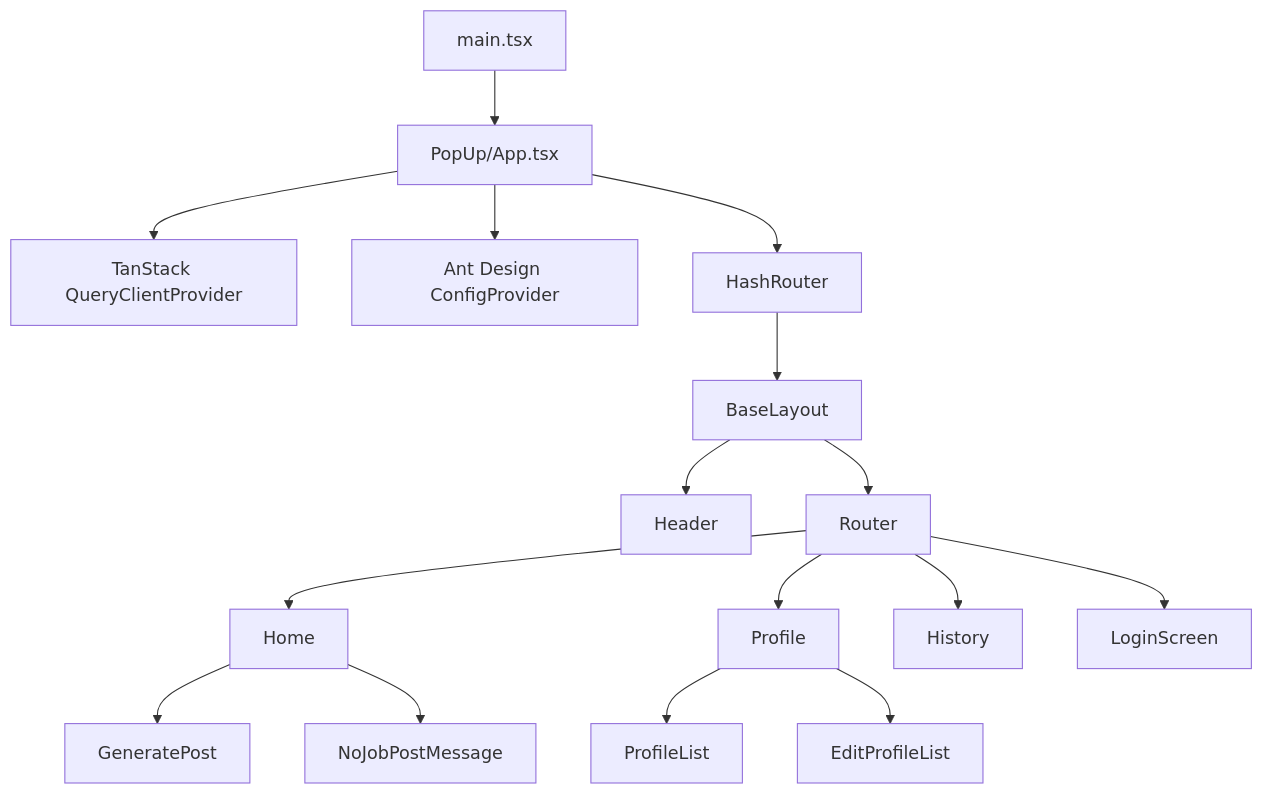
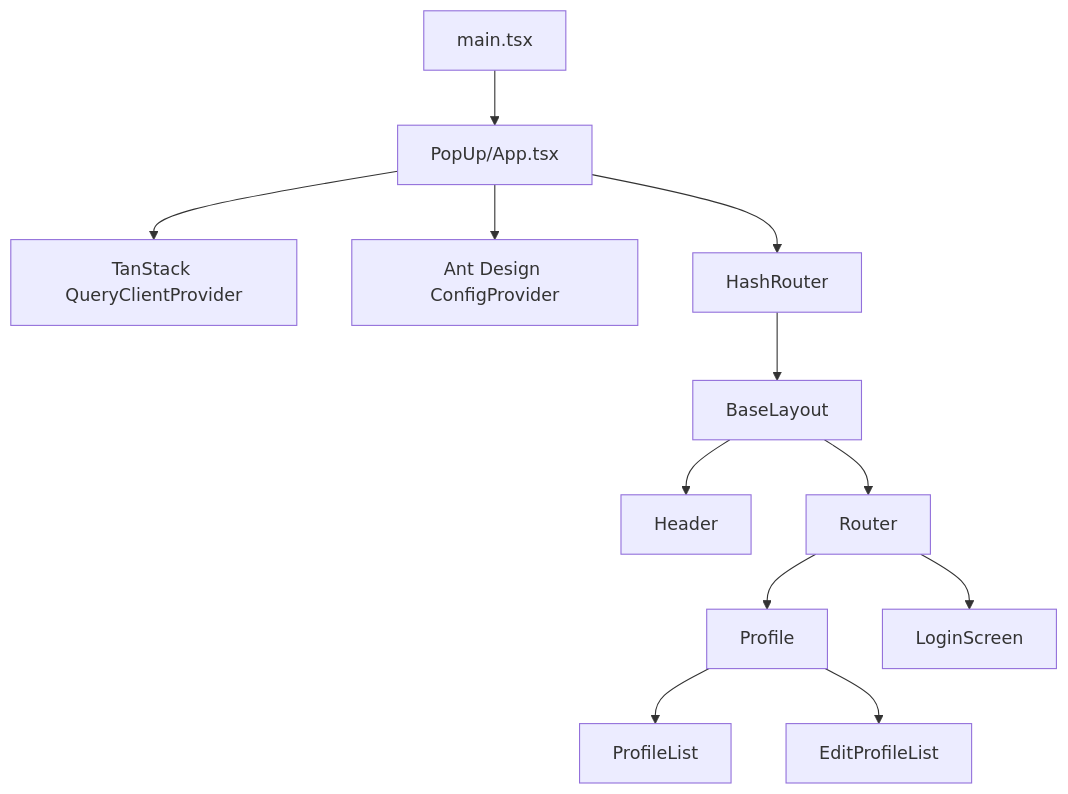
One commit to talentor-ai/navigator_extension changed the diagram in apps/extension/docs/architecture.md. Above: the diagram before and after it, drawn with Mermaid. The commit also changed other lines of this file and 52 other files, not shown here.

````diff
--- a/apps/extension/docs/architecture.md
+++ b/apps/extension/docs/architecture.md
@@ -70,18 +59,14 @@
 ```mermaid
 flowchart TD
     Main[main.tsx] --> App[PopUp/App.tsx]
     App --> Query[TanStack QueryClientProvider]
     App --> Theme[Ant Design ConfigProvider]
     App --> Router[HashRouter]
     Router --> Layout[BaseLayout]
     Layout --> Header[Header]
     Layout --> Routes[Router]
-    Routes --> Home[Home]
-    Home --> Generate[GeneratePost]
-    Home --> Empty[NoJobPostMessage]
     Routes --> Profile[Profile]
     Profile --> ProfileList[ProfileList]
     Profile --> EditProfile[EditProfileList]
-    Routes --> History[History]
     Routes --> Login[LoginScreen]
 ```
````
